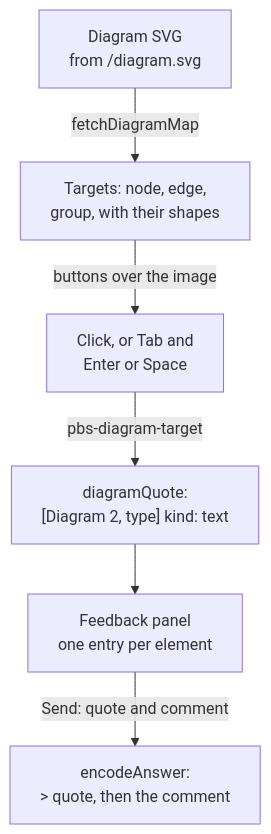
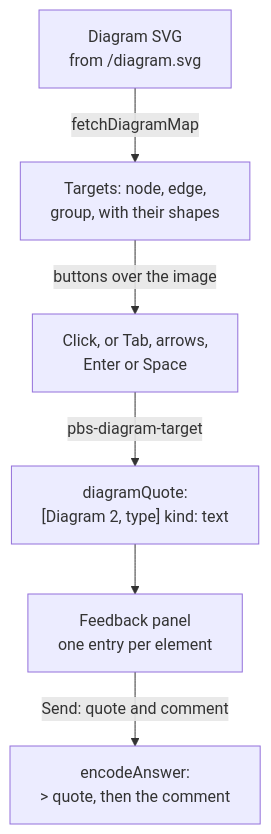
One commit to wayne930242/pi-better-show changed the second of 3 diagrams in docs/reference.md. Above: the diagram before and after it, drawn with Mermaid. The commit also changed other lines of this file and 4 other files, not shown here.

Commit message:
docs: diagram focus, reloaded drafts, scoped marks and edge ends; release 0.7.1

````diff
--- a/docs/reference.md
+++ b/docs/reference.md
@@ -751,8 +751,8 @@
 ```mermaid
 flowchart TD
   svg["Diagram SVG<br/>from /diagram.svg"] -->|"fetchDiagramMap"| map["Targets: node, edge,<br/>group, with their shapes"]
-  map -->|"buttons over the image"| press["Click, or Tab and<br/>Enter or Space"]
+  map -->|"buttons over the image"| press["Click, or Tab, arrows,<br/>Enter or Space"]
   press -->|"pbs-diagram-target"| quote["diagramQuote:<br/>[Diagram 2, type] kind: text"]
   quote --> panel["Feedback panel<br/>one entry per element"]
   panel -->|"Send: quote and comment"| msg["encodeAnswer:<br/>> quote, then the comment"]
 ```
````
